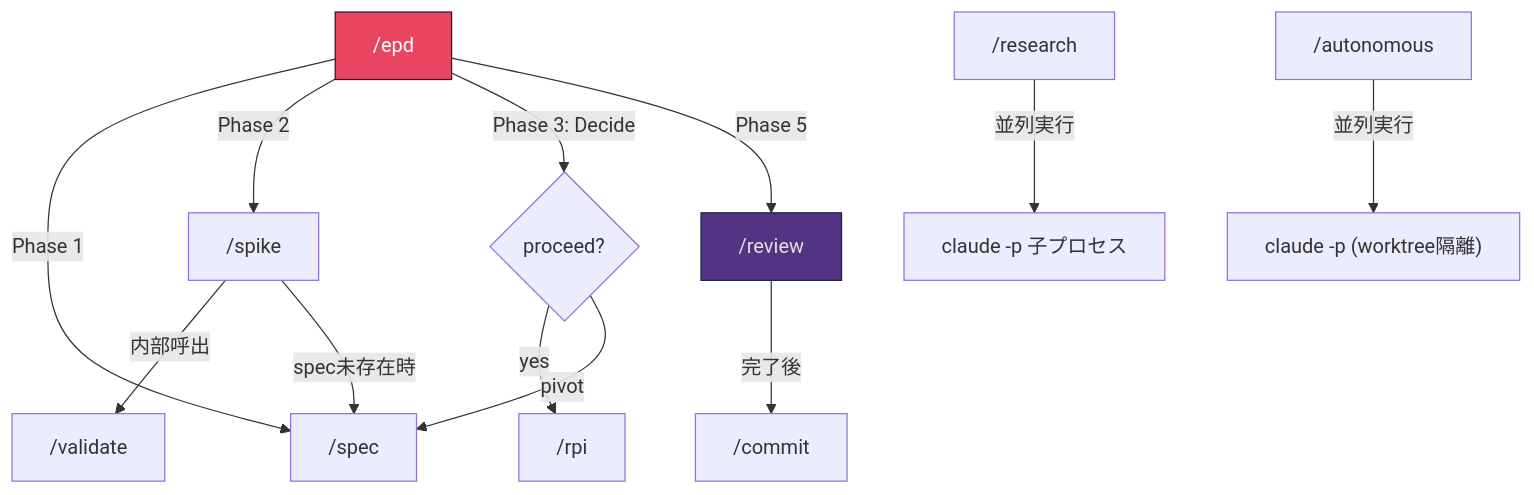
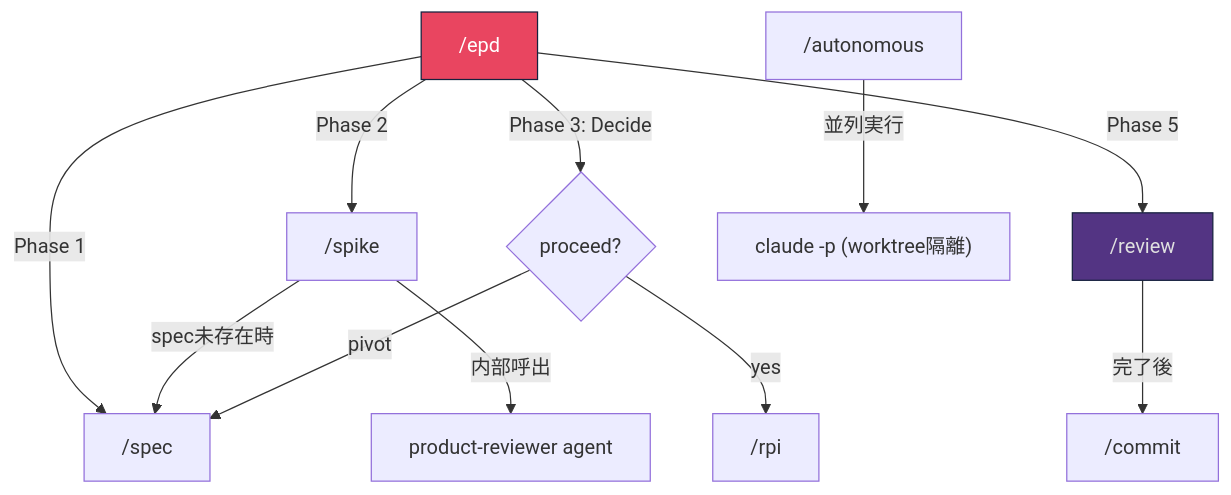
Before and after one commit to takeuchi-shogo/dotfiles: the second of 3 diagrams in .config/claude/README.md, drawn with Mermaid. The commit also changed other lines of this file and 259 other files, not shown here.

````diff
--- a/.config/claude/README.md
+++ b/.config/claude/README.md
@@ -359,28 +343,26 @@
 ```mermaid
 flowchart TB
     epd["/epd"]
     spec["/spec"]
     spike["/spike"]
-    validate["/validate"]
+    productReviewer["product-reviewer agent"]
     rpi["/rpi"]
     review["/review"]
     commit["/commit"]
-    research["/research"]
     autonomous["/autonomous"]
 
     epd -->|"Phase 1"| spec
     epd -->|"Phase 2"| spike
-    spike -->|"内部呼出"| validate
+    spike -->|"内部呼出"| productReviewer
     spike -->|"spec未存在時"| spec
     epd -->|"Phase 3: Decide"| decision{proceed?}
     decision -->|"yes"| rpi
     decision -->|"pivot"| spec
     epd -->|"Phase 5"| review
     review -->|"完了後"| commit
 
-    research -->|"並列実行"| claudeP["claude -p 子プロセス"]
     autonomous -->|"並列実行"| claudeP2["claude -p (worktree隔離)"]
 
     style epd fill:#e94560,stroke:#16213e,color:#ffffff
     style review fill:#533483,stroke:#16213e,color:#e0e0e0
 ```
````
